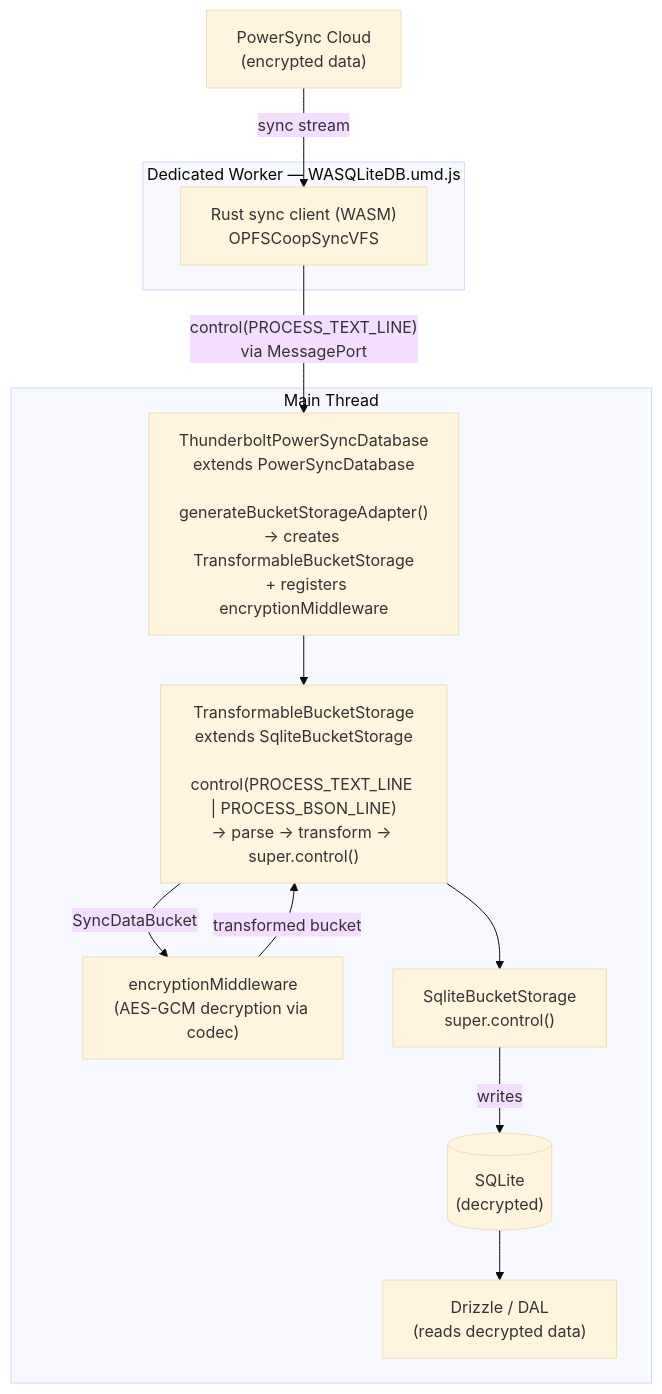
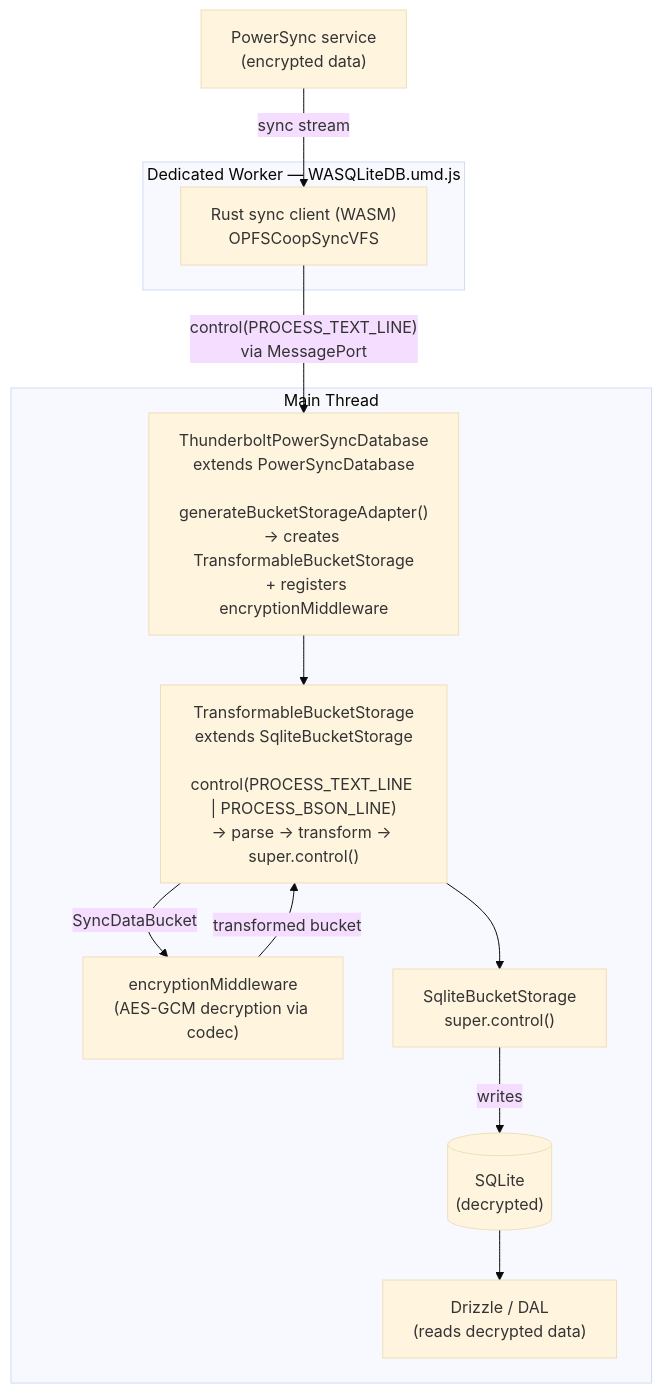
One commit to thunderbird/thunderbolt changed the second of 2 diagrams in docs/architecture/powersync-sync-middleware.md. Above: the diagram before and after it, drawn with Mermaid (base theme). The commit also changed other lines of this file and 7 other files, not shown here.

Commit message:
docs(THU-653): update sync-rule workflow for self-hosted PowerSync

````diff
--- a/docs/architecture/powersync-sync-middleware.md
+++ b/docs/architecture/powersync-sync-middleware.md
@@ -64,26 +64,26 @@
 ```mermaid
 flowchart TD
-    Server["PowerSync Cloud<br/>(encrypted data)"]
+    Server["PowerSync service<br/>(encrypted data)"]
 
     subgraph MainThread["Main Thread"]
         TPS["ThunderboltPowerSyncDatabase<br/>extends PowerSyncDatabase<br/><br/>generateBucketStorageAdapter()<br/>→ creates TransformableBucketStorage<br/>  + registers encryptionMiddleware"]
         TBS["TransformableBucketStorage<br/>extends SqliteBucketStorage<br/><br/>control(PROCESS_TEXT_LINE | PROCESS_BSON_LINE)<br/>→ parse → transform → super.control()"]
         MW["encryptionMiddleware<br/>(AES-GCM decryption via codec)"]
         SBS["SqliteBucketStorage<br/>super.control()"]
         Drizzle["Drizzle / DAL<br/>(reads decrypted data)"]
         SQLite[("SQLite<br/>(decrypted)")]
     end
 
     subgraph DedicatedWorker["Dedicated Worker — WASQLiteDB.umd.js"]
         WASM["Rust sync client (WASM)<br/>OPFSCoopSyncVFS"]
     end
 
     Server -->|"sync stream"| WASM
     WASM -->|"control(PROCESS_TEXT_LINE)<br/>via MessagePort"| TPS
     TPS --> TBS
     TBS -->|"SyncDataBucket"| MW
     MW -->|"transformed bucket"| TBS
     TBS --> SBS
     SBS -->|"writes"| SQLite
     SQLite --> Drizzle
 ```
````
